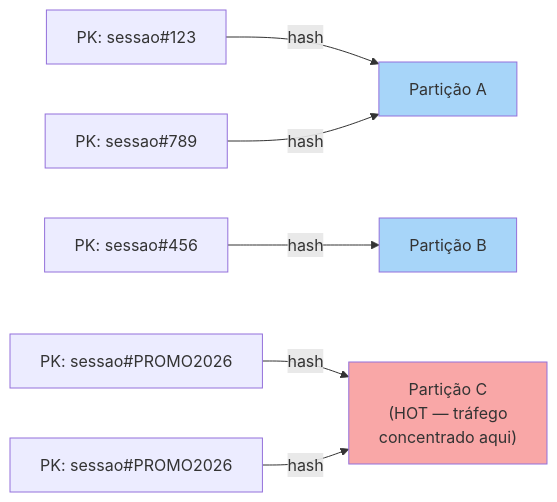
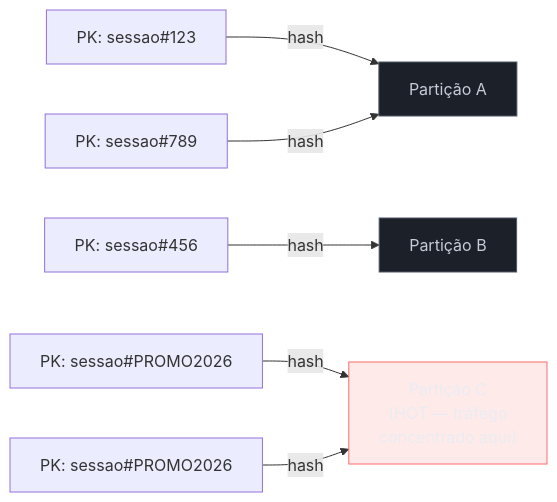
The second of 3 diagrams in 03-Dominios/Tecnologia/Cloud/09 - Bancos gerenciados/05 - NoSQL gerenciado (DynamoDB).md (josenaldo/codex-technomanticus), drawn with Mermaid before and after one commit. The commit also changed other lines of this file and 1181 other files, not shown here.

First line of the commit message:
fix(diagramas): paleta do sistema no lugar de cor cravada no markdown

````diff
--- a/03-Dominios/Tecnologia/Cloud/09 - Bancos gerenciados/05 - NoSQL gerenciado (DynamoDB).md
+++ b/03-Dominios/Tecnologia/Cloud/09 - Bancos gerenciados/05 - NoSQL gerenciado (DynamoDB).md
@@ -87,12 +89,14 @@
 ```mermaid
 flowchart LR
+    classDef falha fill:#FF6B6B24,stroke:#FF6B6B,color:#E9ECF2
+    classDef neutro fill:#1B2029,stroke:#4E5666,color:#C6CCD8
     PK1["PK: sessao#123"] -->|hash| P1["Partição A"]
     PK2["PK: sessao#456"] -->|hash| P2["Partição B"]
     PK3["PK: sessao#789"] -->|hash| P1
     PK4["PK: sessao#PROMO2026"] -->|hash| P3["Partição C<br/>(HOT — tráfego<br/>concentrado aqui)"]
     PK5["PK: sessao#PROMO2026"] -->|hash| P3
 
-    style P3 fill:#f9a7a7
-    style P1 fill:#a7d5f9
-    style P2 fill:#a7d5f9
+    class P3 falha
+    class P1 neutro
+    class P2 neutro
 ```
````
